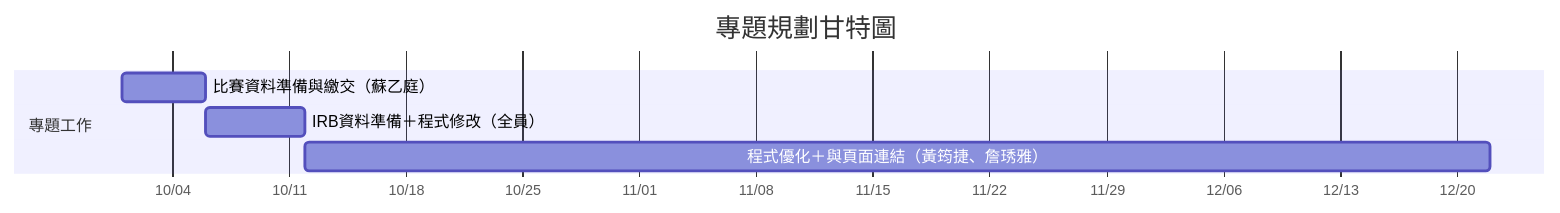
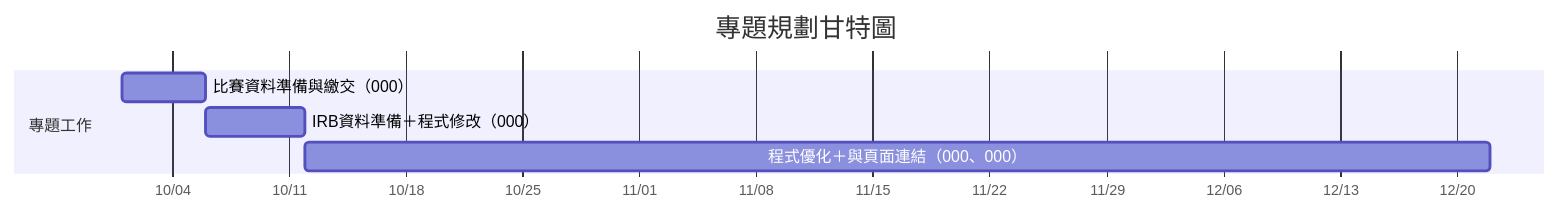
Before and after one commit to c113118223-xin/115-b-team: the first of 2 diagrams in team_02.md, drawn with Mermaid. The commit also changed other lines of this file, not shown here.

````diff
--- a/team_02.md
+++ b/team_02.md
@@ -30,11 +30,11 @@
 ```mermaid
 gantt
     title 專題規劃甘特圖
     dateFormat YYYY-MM-DD
     axisFormat %m/%d
 
     section 專題工作
-    比賽資料準備與繳交（蘇乙庭） :2026-10-01, 5d
-    IRB資料準備＋程式修改（全員） :2026-10-06, 6d
-    程式優化＋與頁面連結（黃筠捷、詹琇雅） :2026-10-12, 71d
+    比賽資料準備與繳交（000） :2026-10-01, 5d
+    IRB資料準備＋程式修改（000） :2026-10-06, 6d
+    程式優化＋與頁面連結（000、000） :2026-10-12, 71d
 ```
````
